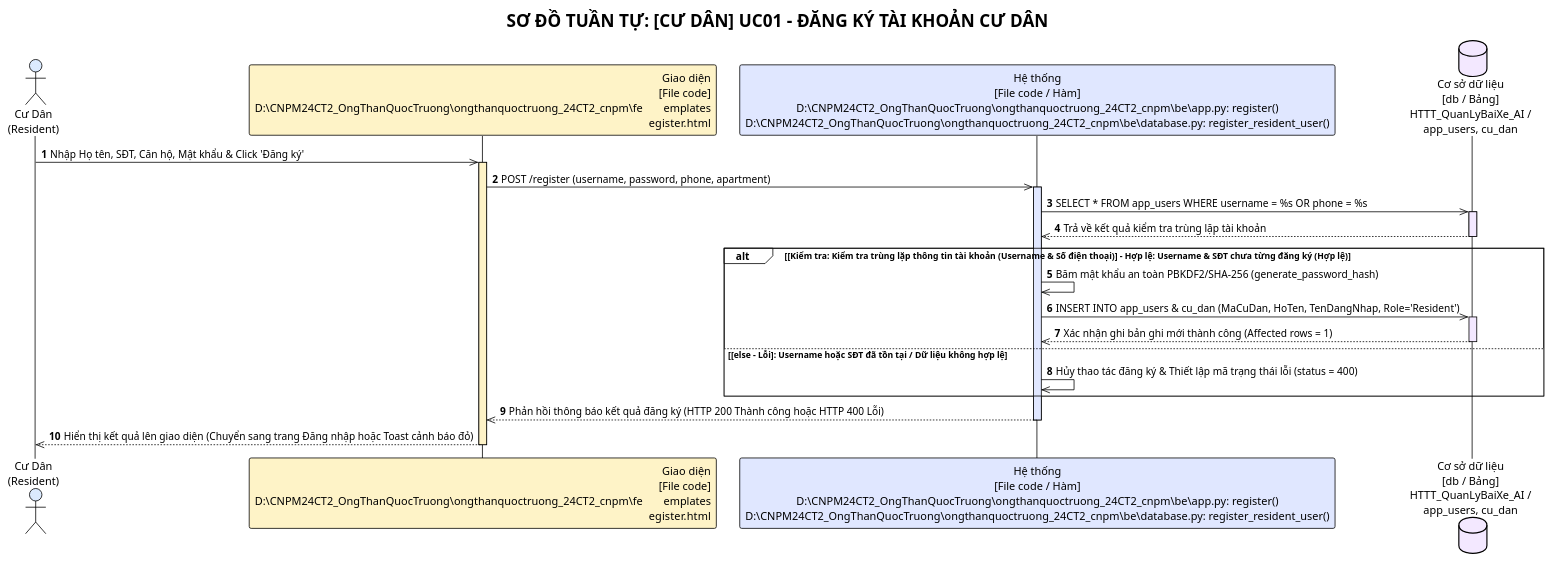
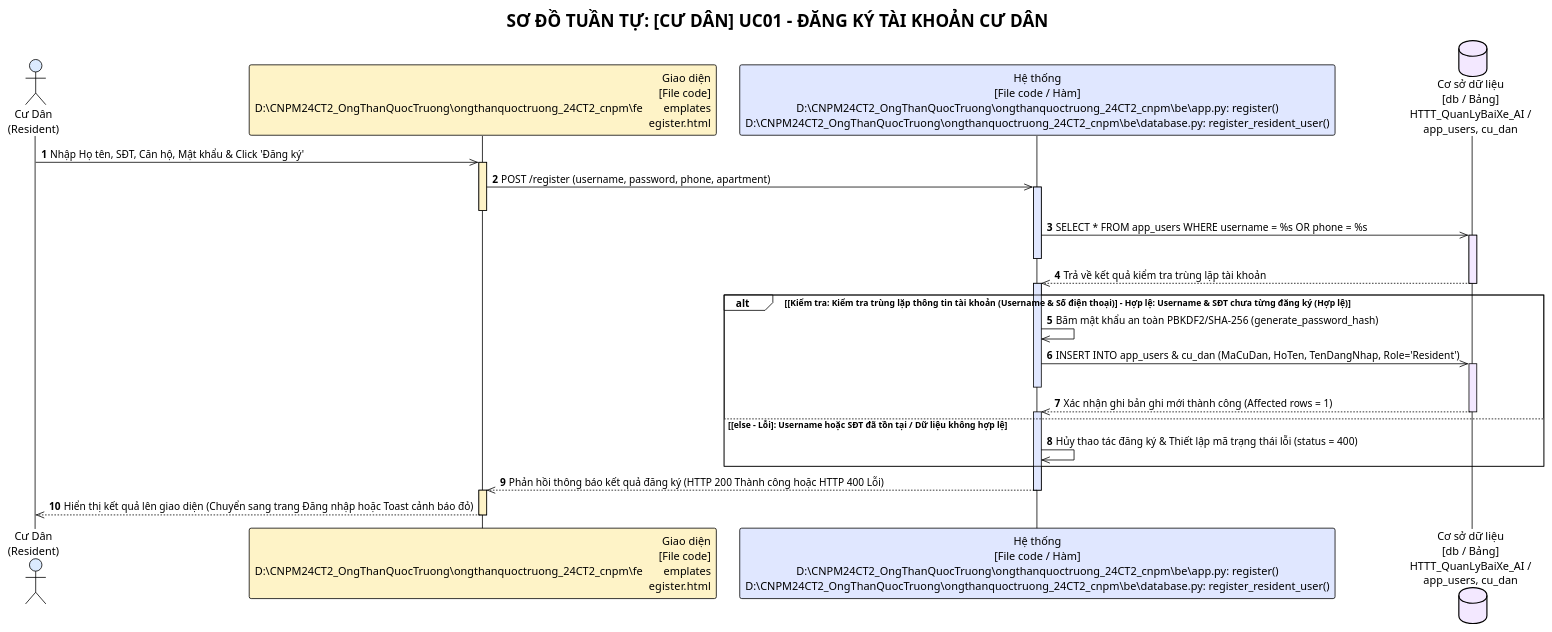
Before and after one commit to Truong027/CNPM24: the first of 14 diagrams in ongthanquoctruong_24CT2_cnpm/docs/SEQUENCE_DIAGRAMS.puml, drawn with PlantUML. The commit also changed other lines of this file and 28 other files, not shown here.

Commit message:
Update system architecture diagram in README and add resident count & creation date to dashboard

```diff
--- a/ongthanquoctruong_24CT2_cnpm/docs/SEQUENCE_DIAGRAMS.puml
+++ b/ongthanquoctruong_24CT2_cnpm/docs/SEQUENCE_DIAGRAMS.puml
@@ -14,36 +14,42 @@
 @startuml uc01_resident_register
 !theme plain
 title SƠ ĐỒ TUẦN TỰ: [CƯ DÂN] UC01 - ĐĂNG KÝ TÀI KHOẢN CƯ DÂN
 autonumber
 
 actor "Cư Dân\n(Resident)" as Actor #DBEAFE
 participant "Giao diện\n[File code]\nD:\CNPM24CT2_OngThanQuocTruong\ongthanquoctruong_24CT2_cnpm\fe\templates\register.html" as UI #FEF3C7
 participant "Hệ thống\n[File code / Hàm]\nD:\CNPM24CT2_OngThanQuocTruong\ongthanquoctruong_24CT2_cnpm\be\app.py: register()\nD:\CNPM24CT2_OngThanQuocTruong\ongthanquoctruong_24CT2_cnpm\be\database.py: register_resident_user()" as Sys #E0E7FF
 database "Cơ sở dữ liệu\n[db / Bảng]\nHTTT_QuanLyBaiXe_AI /\napp_users, cu_dan" as DB #F3E8FF
 
 Actor ->> UI: Nhập Họ tên, SĐT, Căn hộ, Mật khẩu & Click 'Đăng ký'
 activate UI #FEF3C7
 UI ->> Sys: POST /register (username, password, phone, apartment)
 activate Sys #E0E7FF
+deactivate UI
 Sys ->> DB: SELECT * FROM app_users WHERE username = %s OR phone = %s
 activate DB #F3E8FF
+deactivate Sys
 DB -->> Sys: Trả về kết quả kiểm tra trùng lặp tài khoản
 deactivate DB
+activate Sys #E0E7FF
 
 ' Khung alt kiểm tra điều kiện trong khoảng trống giữa Hệ thống và CSDL
 alt [Kiểm tra: Kiểm tra trùng lặp thông tin tài khoản (Username & Số điện thoại)] - Hợp lệ: Username & SĐT chưa từng đăng ký (Hợp lệ)
     Sys ->> Sys: Băm mật khẩu an toàn PBKDF2/SHA-256 (generate_password_hash)
     Sys ->> DB: INSERT INTO app_users & cu_dan (MaCuDan, HoTen, TenDangNhap, Role='Resident')
     activate DB #F3E8FF
+    deactivate Sys
     DB -->> Sys: Xác nhận ghi bản ghi mới thành công (Affected rows = 1)
     deactivate DB
+    activate Sys #E0E7FF
 else [else - Lỗi]: Username hoặc SĐT đã tồn tại / Dữ liệu không hợp lệ
     Sys ->> Sys: Hủy thao tác đăng ký & Thiết lập mã trạng thái lỗi (status = 400)
 end
 
 Sys -->> UI: Phản hồi thông báo kết quả đăng ký (HTTP 200 Thành công hoặc HTTP 400 Lỗi)
 deactivate Sys
+activate UI #FEF3C7
 UI -->> Actor: Hiển thị kết quả lên giao diện (Chuyển sang trang Đăng nhập hoặc Toast cảnh báo đỏ)
 deactivate UI
 
 @enduml
```
